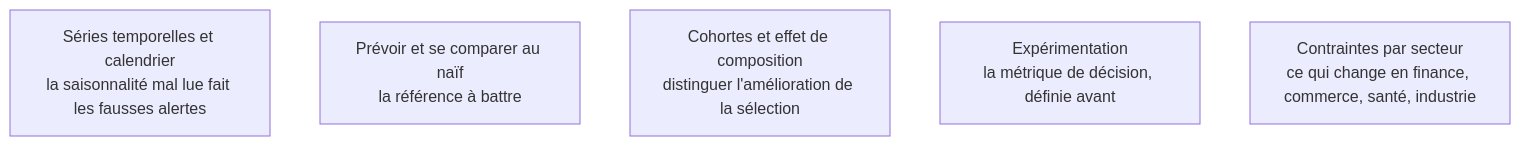
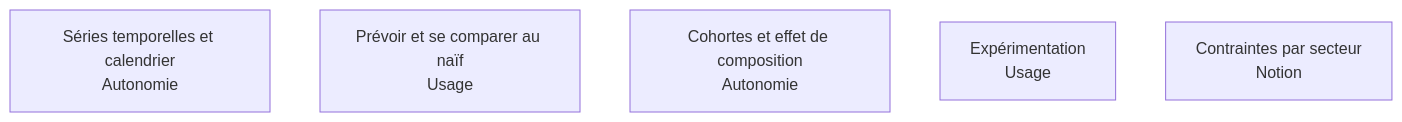
Before and after one commit to floSa/Atlas-Metiers-Roadmaps: the diagram in content/parcours/bi-analyst/analyses-recurrentes/index.md, drawn with Mermaid. The commit also changed 20 other files, not shown here.

````diff
--- a/content/parcours/bi-analyst/analyses-recurrentes/index.md
+++ b/content/parcours/bi-analyst/analyses-recurrentes/index.md
@@ -11,14 +11,14 @@
 ```mermaid
 flowchart TD
-  S["Séries temporelles et calendrier<br/>la saisonnalité mal lue fait les fausses alertes"]
-  P["Prévoir et se comparer au naïf<br/>la référence à battre"]
-  C["Cohortes et effet de composition<br/>distinguer l'amélioration de la sélection"]
-  E["Expérimentation<br/>la métrique de décision, définie avant"]
-  D["Contraintes par secteur<br/>ce qui change en finance, commerce, santé, industrie"]
+  S["Séries temporelles et calendrier<br/>Autonomie"]
+  P["Prévoir et se comparer au naïf<br/>Usage"]
+  C["Cohortes et effet de composition<br/>Autonomie"]
+  E["Expérimentation<br/>Usage"]
+  D["Contraintes par secteur<br/>Notion"]
 
   click S "/parcours/bi-analyst/analyses-recurrentes/series-temporelles-et-calendrier"
   click P "/parcours/bi-analyst/analyses-recurrentes/prevoir-et-se-comparer-au-naif"
   click C "/parcours/bi-analyst/analyses-recurrentes/cohortes-et-effet-de-composition"
   click E "/parcours/bi-analyst/analyses-recurrentes/experimentation-et-metrique-de-decision"
   click D "/parcours/bi-analyst/analyses-recurrentes/les-contraintes-par-secteur"
 ```
````
